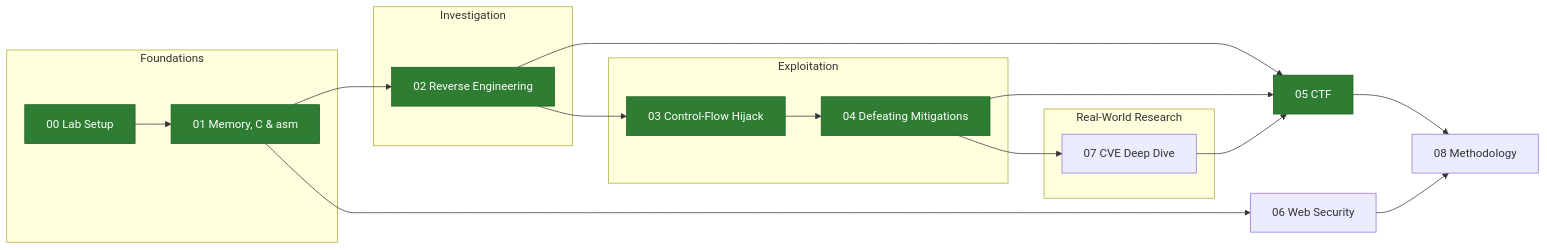
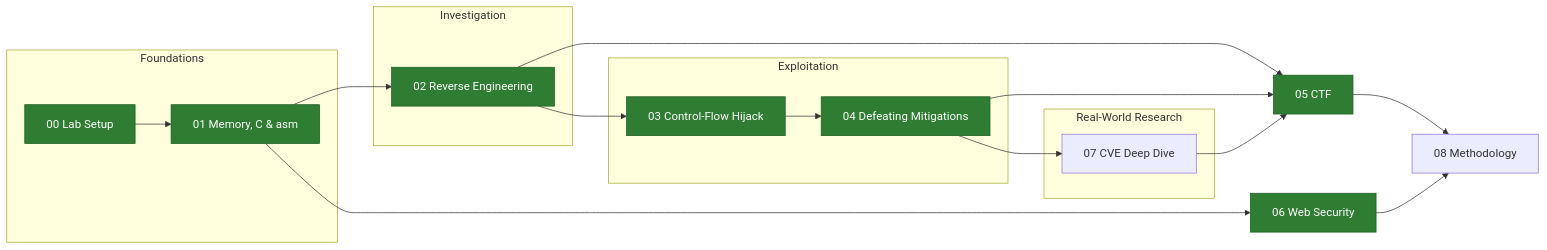
One commit to amichaimukades/vr-portfolio changed the diagram in README.md. Above: the diagram before and after it, drawn with Mermaid. The commit also changed other lines of this file, not shown here.

Commit message:
docs(readme): mark web security as done

````diff
--- a/README.md
+++ b/README.md
@@ -25,27 +25,27 @@
 ```mermaid
 flowchart LR
     subgraph F[Foundations]
         S0[00 Lab Setup]
         S1[01 Memory, C & asm]
     end
     subgraph I[Investigation]
         S2[02 Reverse Engineering]
     end
     subgraph E[Exploitation]
         S3[03 Control-Flow Hijack]
         S4[04 Defeating Mitigations]
     end
     subgraph R[Real-World Research]
         S7[07 CVE Deep Dive]
     end
     S0 --> S1 --> S2 --> S3 --> S4 --> S7
     S2 --> S5[05 CTF]
     S4 --> S5
     S7 --> S5
     S1 --> S6[06 Web Security]
     S5 --> S8[08 Methodology]
     S6 --> S8
 
     classDef done fill:#2e7d32,color:#fff,stroke:#1b5e20
-    class S0,S1,S2,S3,S4,S5 done
+    class S0,S1,S2,S3,S4,S5,S6 done
 ```
````
